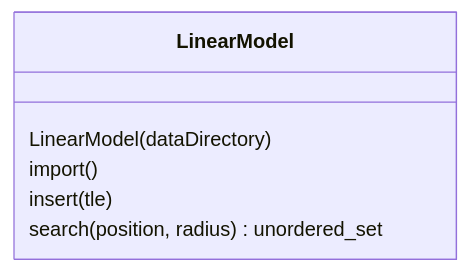
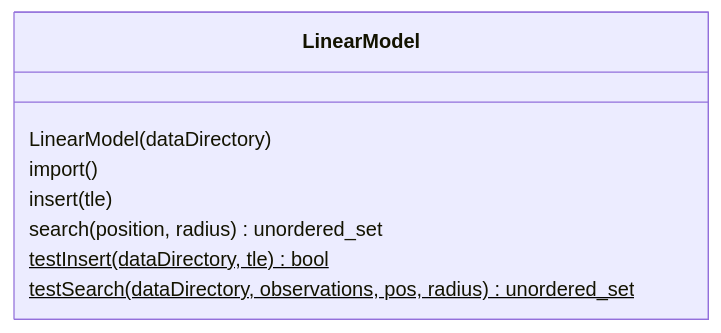
The sixth of 12 diagrams in README.md (brosenthal140/satellite-coverage-tracker), drawn with Mermaid before and after one commit. The commit also changed other lines of this file and 3 other files, not shown here.

Commit message:
feat: implements search() method refactor: updates type for catNum in _insert() function and in _observations to be unsigned int docs: updates README.md to document search() for the LinearModel class

````diff
--- a/README.md
+++ b/README.md
@@ -185,9 +185,11 @@
 ```mermaid
 classDiagram
 class LinearModel {
     LinearModel(dataDirectory)
     import()
     insert(tle)
     search(position, radius) unordered_set<int>
+    testInsert(dataDirectory, tle)$ bool
+    testSearch(dataDirectory, observations, pos, radius)$ unordered_set<int>
 }
 ```
````
